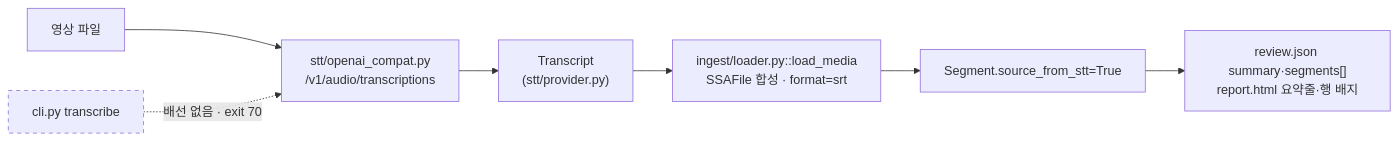
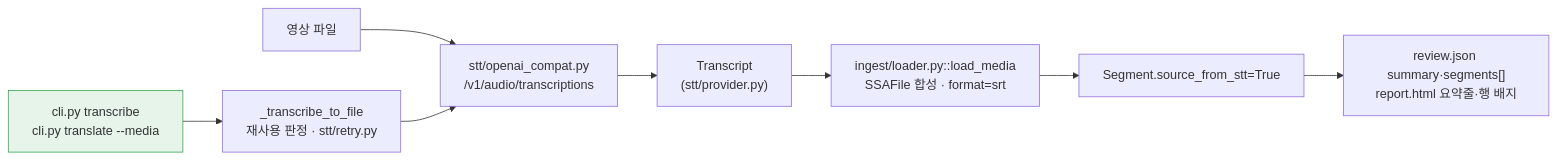
One commit to withwooyong/cuesift changed the diagram in HANDOFF.md. Above: the diagram before and after it, drawn with Mermaid. The commit also changed other lines of this file and 26 other files, not shown here.

First line of the commit message:
FR-8.3: transcribe 배선과 translate --media 입력 (#22)

````diff
--- a/HANDOFF.md
+++ b/HANDOFF.md
@@ -57,10 +68,11 @@
 ```mermaid
 flowchart LR
   A[영상 파일] --> B["stt/openai_compat.py<br/>/v1/audio/transcriptions"]
   B --> C["Transcript<br/>(stt/provider.py)"]
   C --> D["ingest/loader.py::load_media<br/>SSAFile 합성 · format=srt"]
   D --> E["Segment.source_from_stt=True"]
   E --> F["review.json summary·segments[]<br/>report.html 요약줄·행 배지"]
-  G["cli.py transcribe"] -. "배선 없음 · exit 70" .-> B
-  style G stroke-dasharray: 5 5
+  G["cli.py transcribe<br/>cli.py translate --media"] --> H["_transcribe_to_file<br/>재사용 판정 · stt/retry.py"]
+  H --> B
+  style G fill:#e6f4ea,stroke:#34a853
 ```
````
